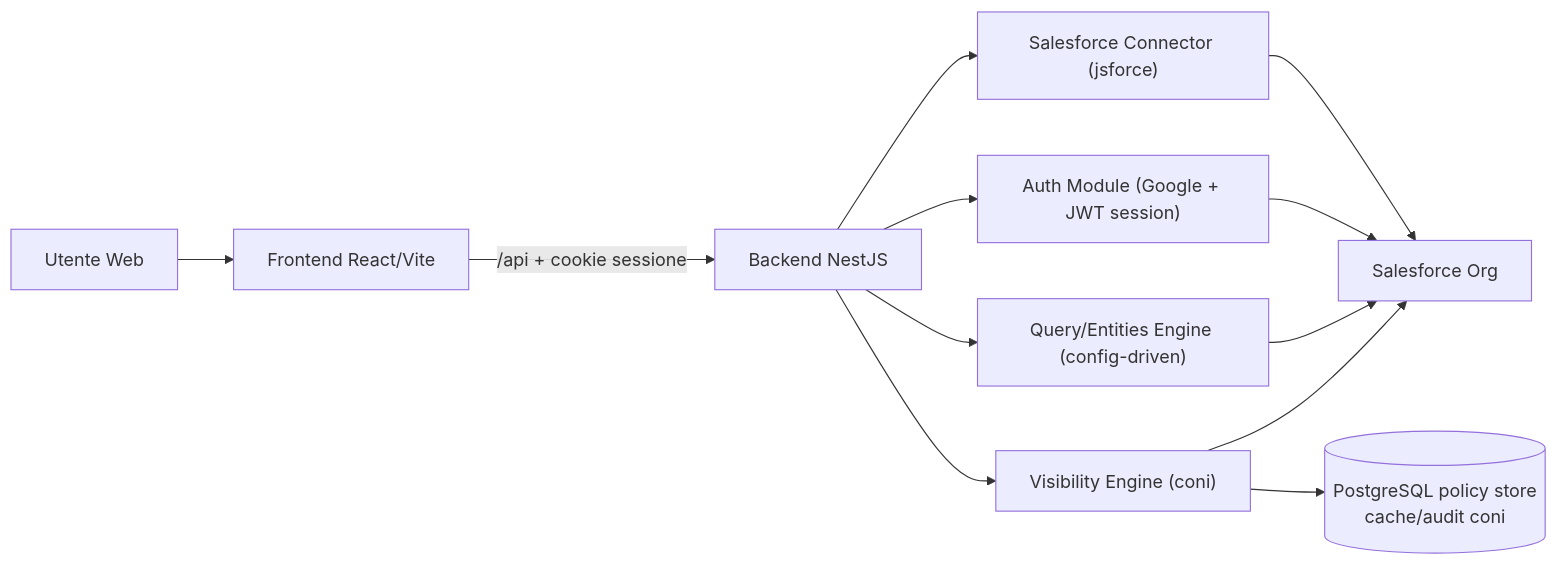
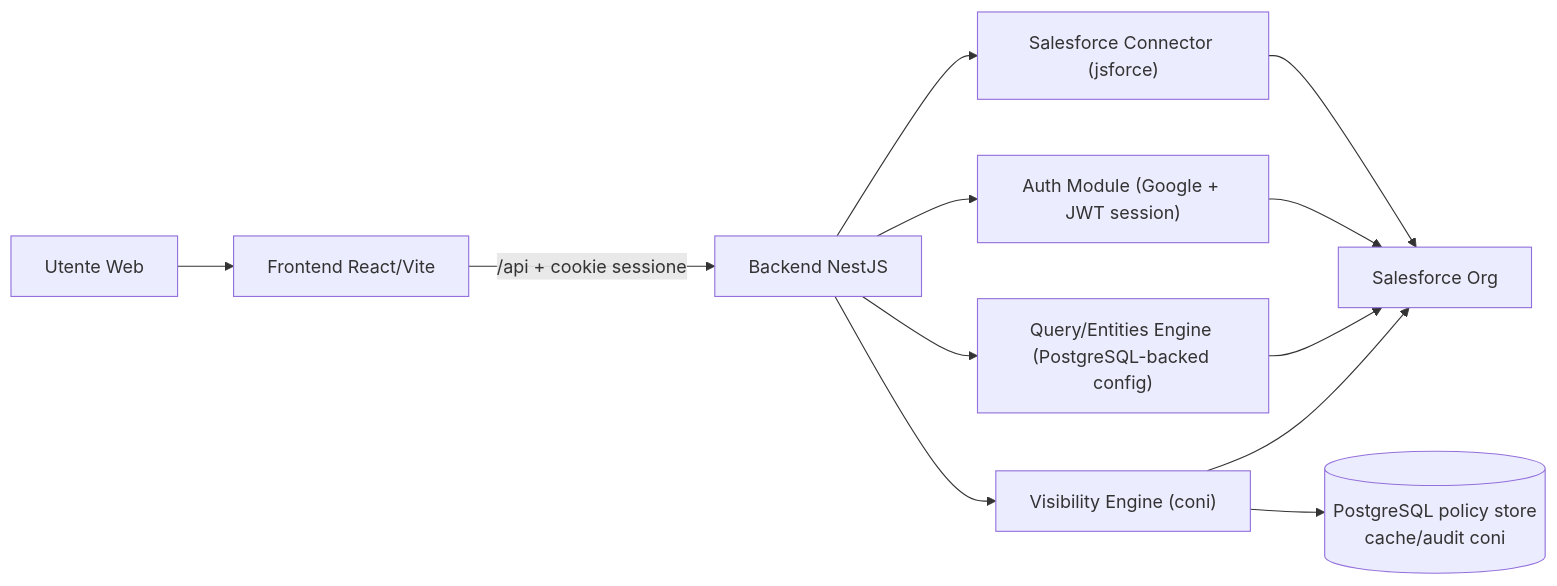
Before and after one commit to jsanchezcodestorm/sfdc-external: the diagram in docs/solution.md, drawn with Mermaid. The commit also changed other lines of this file and 15 other files, not shown here.

````diff
--- a/docs/solution.md
+++ b/docs/solution.md
@@ -39,14 +39,14 @@
 ```mermaid
 flowchart LR
   U["Utente Web"] --> F["Frontend React/Vite"]
   F -->|"/api + cookie sessione"| B["Backend NestJS"]
   B --> A["Auth Module (Google + JWT session)"]
-  B --> Q["Query/Entities Engine (config-driven)"]
+  B --> Q["Query/Entities Engine (PostgreSQL-backed config)"]
   B --> V["Visibility Engine (coni)"]
   B --> S["Salesforce Connector (jsforce)"]
   V --> P[("PostgreSQL policy store\ncache/audit coni")]
   S --> SF["Salesforce Org"]
   A --> SF
   Q --> SF
   V --> SF
 ```
````
